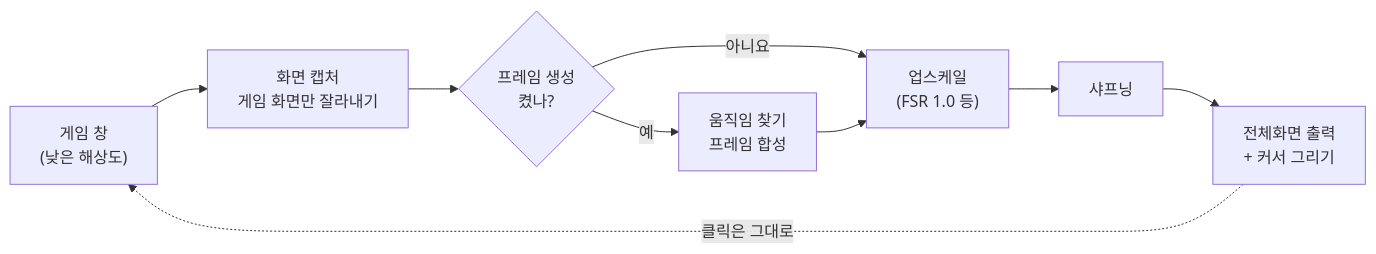
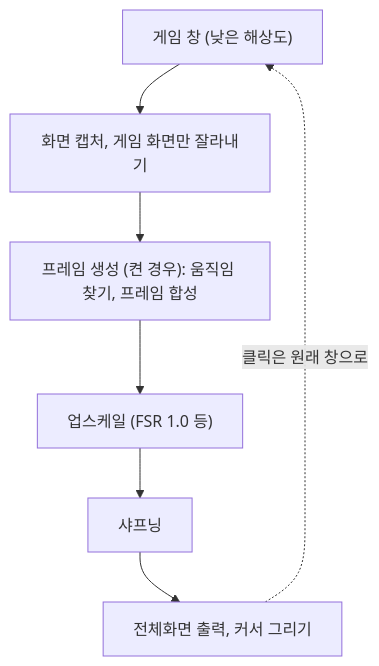
The diagram in README.md (kojunpyo/OpenScaler), drawn with Mermaid before and after one commit. The commit also changed other lines of this file and 1 other file, not shown here.

Commit message:
Credit the Catmull-Rom shader and draw the pipeline vertically
The bicubic shader follows MJP's MIT-licensed Catmull-Rom sampling
gist, so include its license in src/shaders.h and list it in the
README references and license section. Draw the README pipeline from
top to bottom so the labels stay readable in a narrow column.

````diff
--- a/README.md
+++ b/README.md
@@ -227,11 +227,9 @@
 ```mermaid
-flowchart LR
-    A["게임 창<br/>(낮은 해상도)"] --> B["화면 캡처<br/>게임 화면만 잘라내기"]
-    B --> C{"프레임 생성<br/>켰나?"}
-    C -- 예 --> D["움직임 찾기<br/>프레임 합성"]
-    C -- 아니요 --> E
-    D --> E["업스케일<br/>(FSR 1.0 등)"]
+flowchart TD
+    A["게임 창 (낮은 해상도)"] --> B["화면 캡처, 게임 화면만 잘라내기"]
+    B --> D["프레임 생성 (켠 경우): 움직임 찾기, 프레임 합성"]
+    D --> E["업스케일 (FSR 1.0 등)"]
     E --> F["샤프닝"]
-    F --> G["전체화면 출력<br/>+ 커서 그리기"]
-    G -. 클릭은 그대로 .-> A
+    F --> G["전체화면 출력, 커서 그리기"]
+    G -. 클릭은 원래 창으로 .-> A
 ```
````
